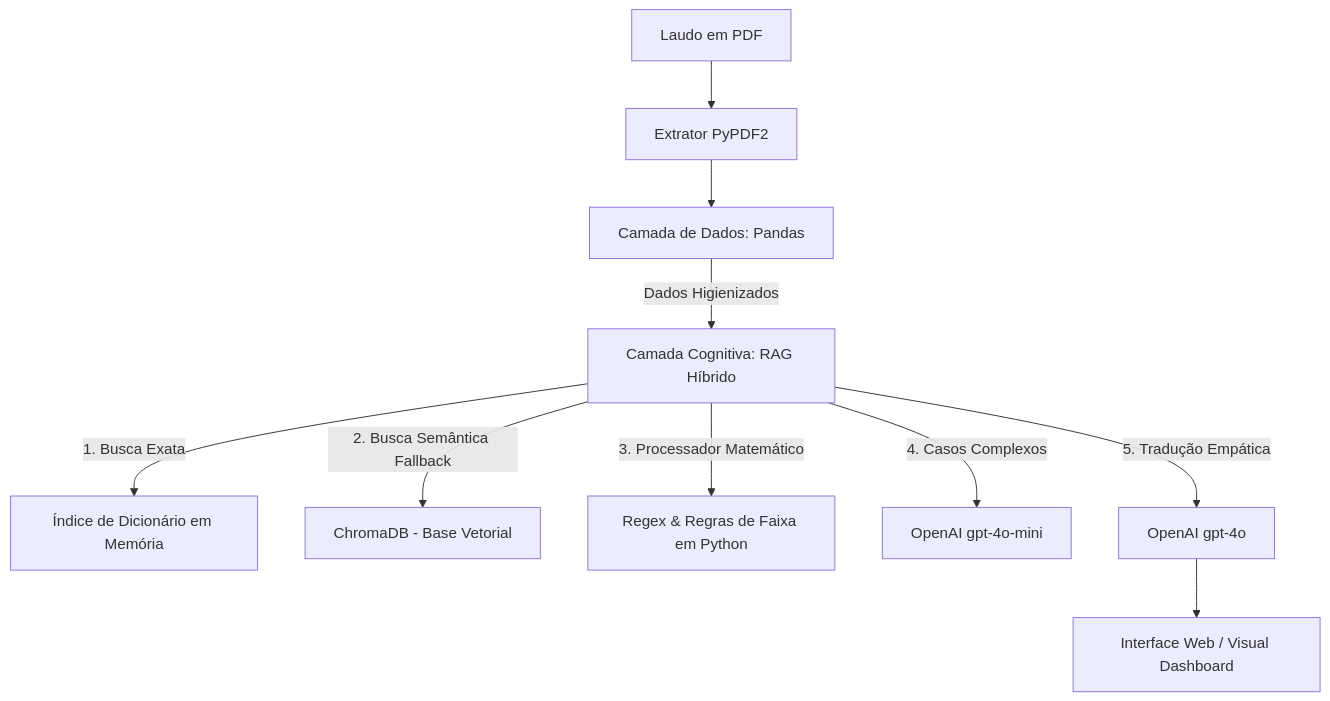
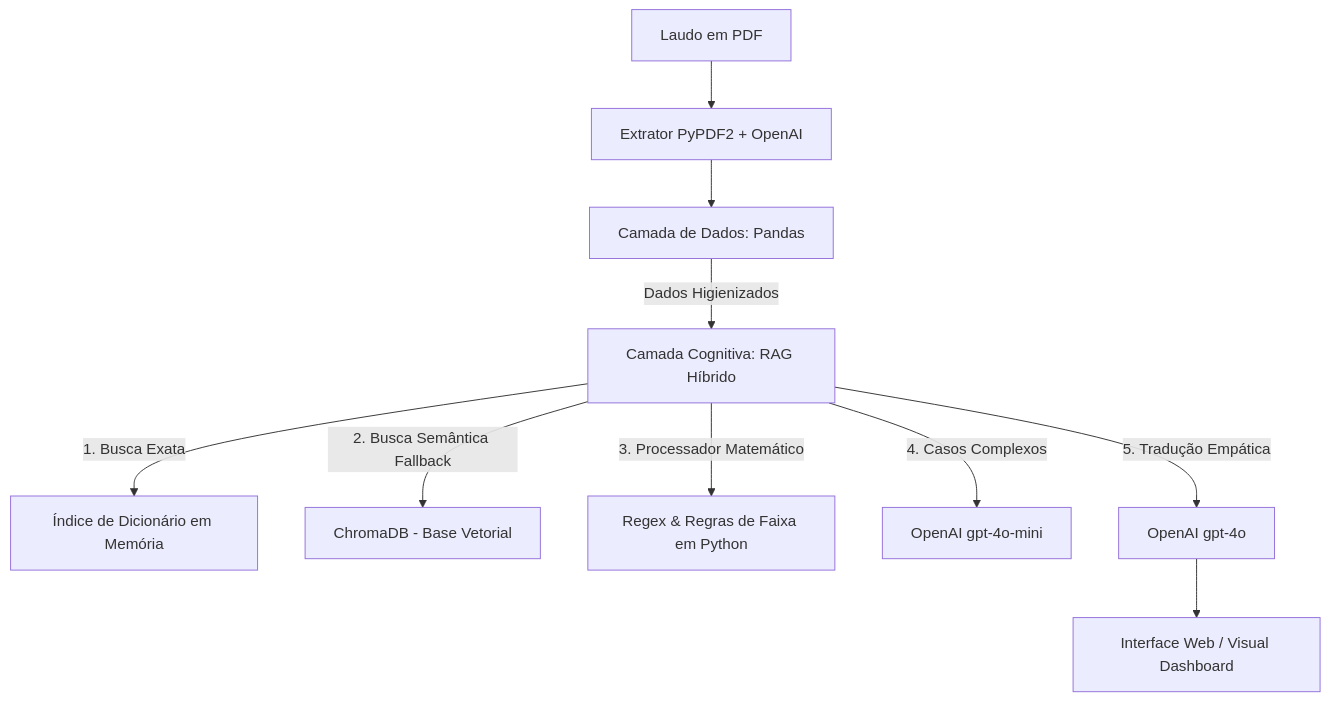
One commit to DavidSanchezBD/MedSync changed the diagram in README.md. Above: the diagram before and after it, drawn with Mermaid. The commit also changed other lines of this file and 16 other files, not shown here.

````diff
--- a/README.md
+++ b/README.md
@@ -31,12 +32,12 @@
 ```mermaid
 graph TD
-    A[Laudo em PDF] --> B[Extrator PyPDF2]
+    A[Laudo em PDF] --> B[Extrator PyPDF2 + OpenAI]
     B --> C[Camada de Dados: Pandas]
     C -->|Dados Higienizados| D[Camada Cognitiva: RAG Híbrido]
     D -->|1. Busca Exata| E[Índice de Dicionário em Memória]
     D -->|2. Busca Semântica Fallback| F[ChromaDB - Base Vetorial]
     D -->|3. Processador Matemático| G[Regex & Regras de Faixa em Python]
     D -->|4. Casos Complexos| H[OpenAI gpt-4o-mini]
     D -->|5. Tradução Empática| I[OpenAI gpt-4o]
     I --> J[Interface Web / Visual Dashboard]
 ```
````
